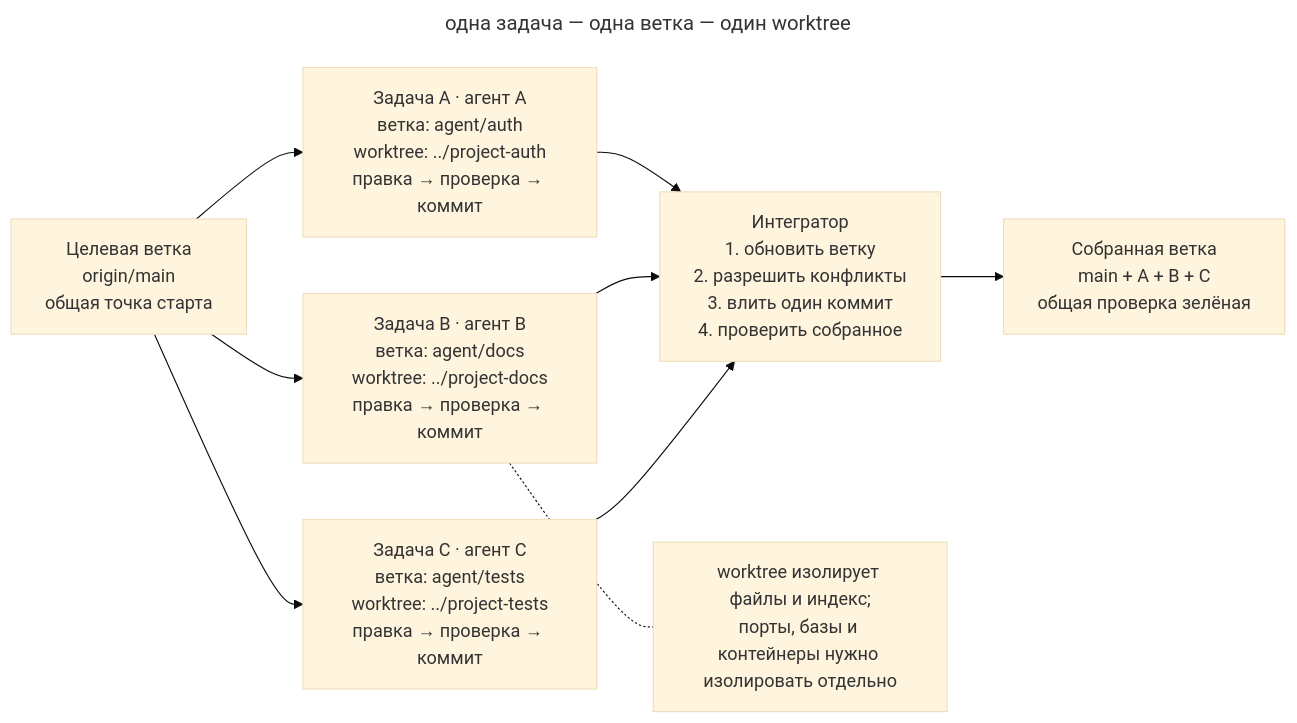
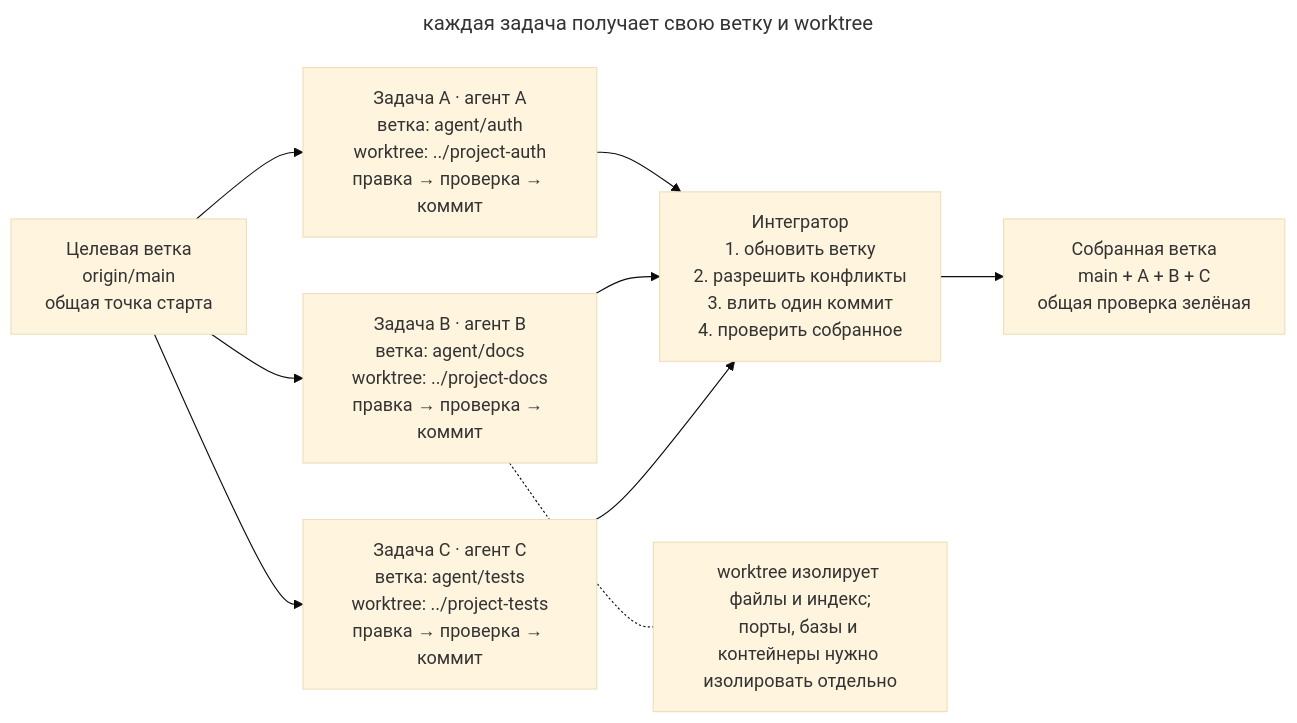
Before and after one commit to Rastavelli/agentic-coding-design-patterns: the first of 2 diagrams in book/ru/isolated-parallel-work.md, drawn with Mermaid (base theme). The commit also changed other lines of this file and 24 other files, not shown here.

Commit message:
docs: finish Russian prose review and align diagram captions

````diff
--- a/book/ru/isolated-parallel-work.md
+++ b/book/ru/isolated-parallel-work.md
@@ -49,18 +49,18 @@
 ```mermaid
 ---
-title: одна задача — одна ветка — один worktree
+title: каждая задача получает свою ветку и worktree
 ---
 flowchart LR
   target["Целевая ветка<br/>origin/main<br/>общая точка старта"]
   a["Задача A · агент A<br/>ветка: agent/auth<br/>worktree: ../project-auth<br/>правка → проверка → коммит"]
   b["Задача B · агент B<br/>ветка: agent/docs<br/>worktree: ../project-docs<br/>правка → проверка → коммит"]
   c["Задача C · агент C<br/>ветка: agent/tests<br/>worktree: ../project-tests<br/>правка → проверка → коммит"]
   integrator["Интегратор<br/>1. обновить ветку<br/>2. разрешить конфликты<br/>3. влить один коммит<br/>4. проверить собранное"]:::accent
   merged["Собранная ветка<br/>main + A + B + C<br/>общая проверка зелёная"]
   env["worktree изолирует файлы и индекс;<br/>порты, базы и контейнеры нужно изолировать отдельно"]:::warn
   target --> a --> integrator
   target --> b --> integrator
   target --> c --> integrator
   integrator --> merged
   b -.- env
 ```
````
